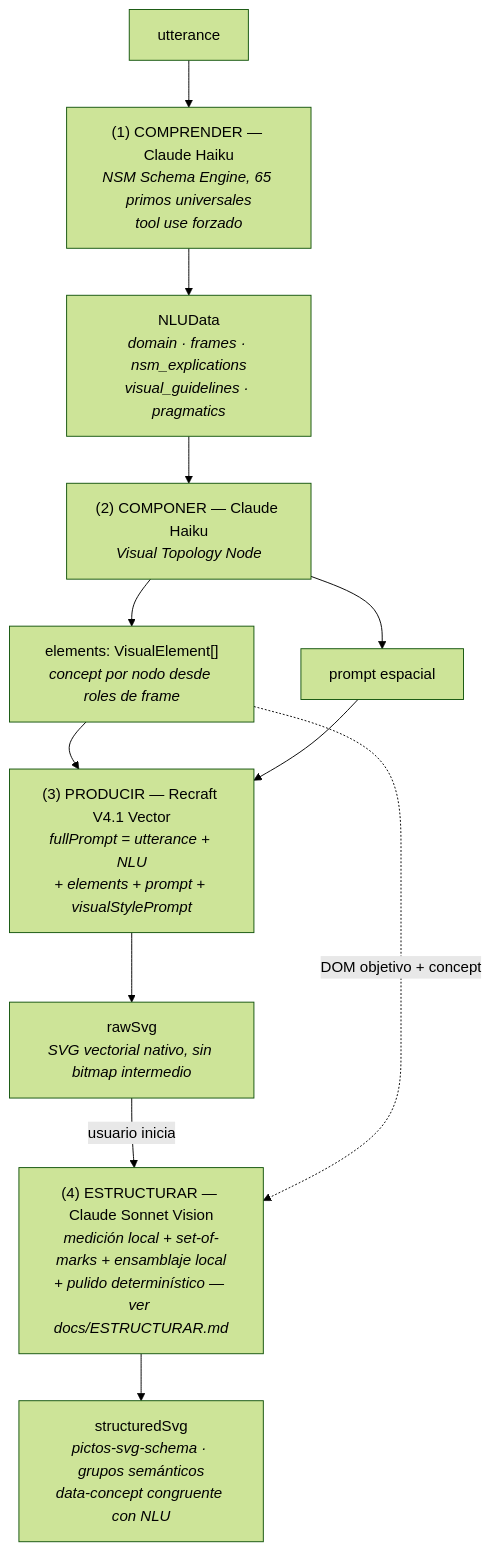
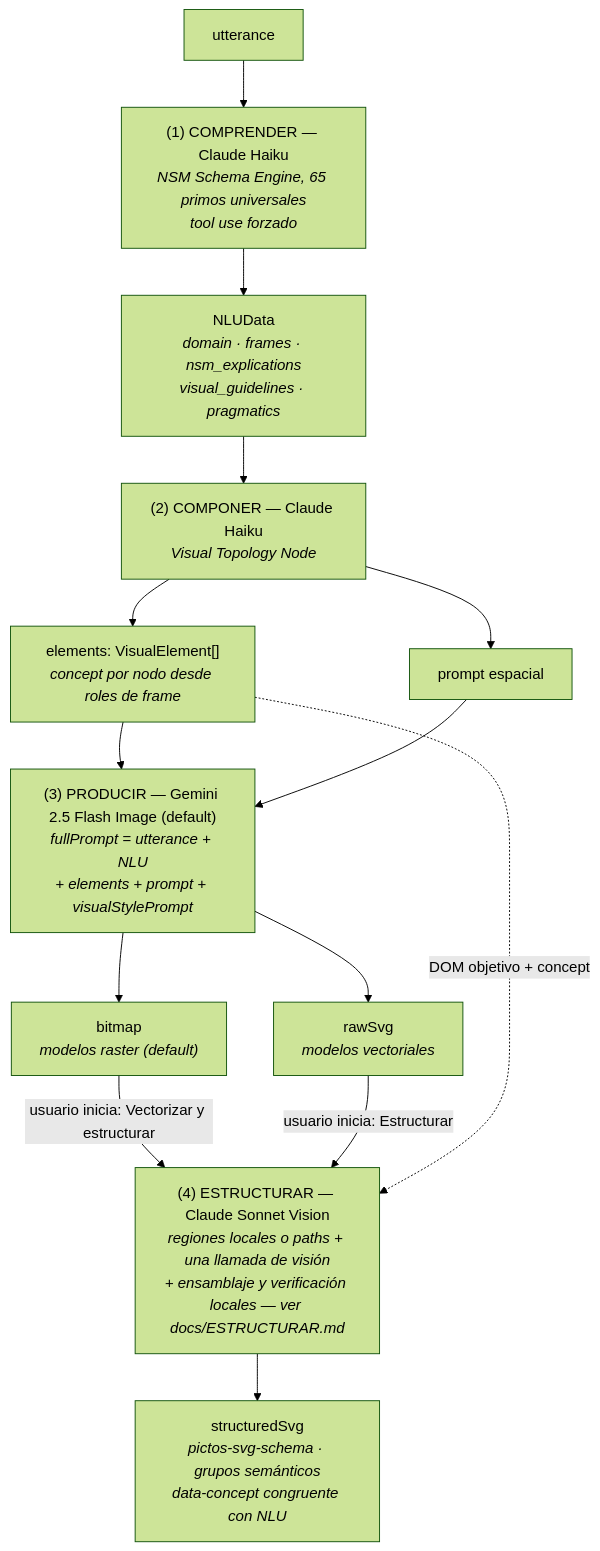
Before and after one commit to hspencer/pictos-net: the diagram in docs/ARCHITECTURE.md, drawn with Mermaid (forest theme). The commit also changed other lines of this file and 7 other files, not shown here.

````diff
--- a/docs/ARCHITECTURE.md
+++ b/docs/ARCHITECTURE.md
@@ -137,19 +142,21 @@
 ```mermaid
 flowchart TD
     UTT["utterance"] --> F1
 
     F1["(1) COMPRENDER — Claude Haiku<br><i>NSM Schema Engine, 65 primos universales<br>tool use forzado</i>"]
     F1 --> NLU["NLUData<br><i>domain · frames · nsm_explications<br>visual_guidelines · pragmatics</i>"]
 
     NLU --> F2["(2) COMPONER — Claude Haiku<br><i>Visual Topology Node</i>"]
     F2 --> ELEM["elements: VisualElement[]<br><i>concept por nodo desde roles de frame</i>"]
     F2 --> PROMPT["prompt espacial"]
 
-    ELEM --> F3["(3) PRODUCIR — Recraft V4.1 Vector<br><i>fullPrompt = utterance + NLU<br>+ elements + prompt + visualStylePrompt</i>"]
+    ELEM --> F3["(3) PRODUCIR — Gemini 2.5 Flash Image (default)<br><i>fullPrompt = utterance + NLU<br>+ elements + prompt + visualStylePrompt</i>"]
     PROMPT --> F3
-    F3 --> RAW["rawSvg<br><i>SVG vectorial nativo, sin bitmap intermedio</i>"]
+    F3 --> BMP["bitmap<br><i>modelos raster (default)</i>"]
+    F3 --> RAW["rawSvg<br><i>modelos vectoriales</i>"]
 
-    RAW -->|usuario inicia| F4["(4) ESTRUCTURAR — Claude Sonnet Vision<br><i>medición local + set-of-marks + ensamblaje local<br>+ pulido determinístico — ver docs/ESTRUCTURAR.md</i>"]
+    BMP -->|"usuario inicia: Vectorizar y estructurar"| F4["(4) ESTRUCTURAR — Claude Sonnet Vision<br><i>regiones locales o paths + una llamada de visión<br>+ ensamblaje y verificación locales — ver docs/ESTRUCTURAR.md</i>"]
+    RAW -->|"usuario inicia: Estructurar"| F4
     ELEM -.->|"DOM objetivo + concept"| F4
     F4 --> STRUCT["structuredSvg<br><i>pictos-svg-schema · grupos semánticos<br>data-concept congruente con NLU</i>"]
 ```
````
